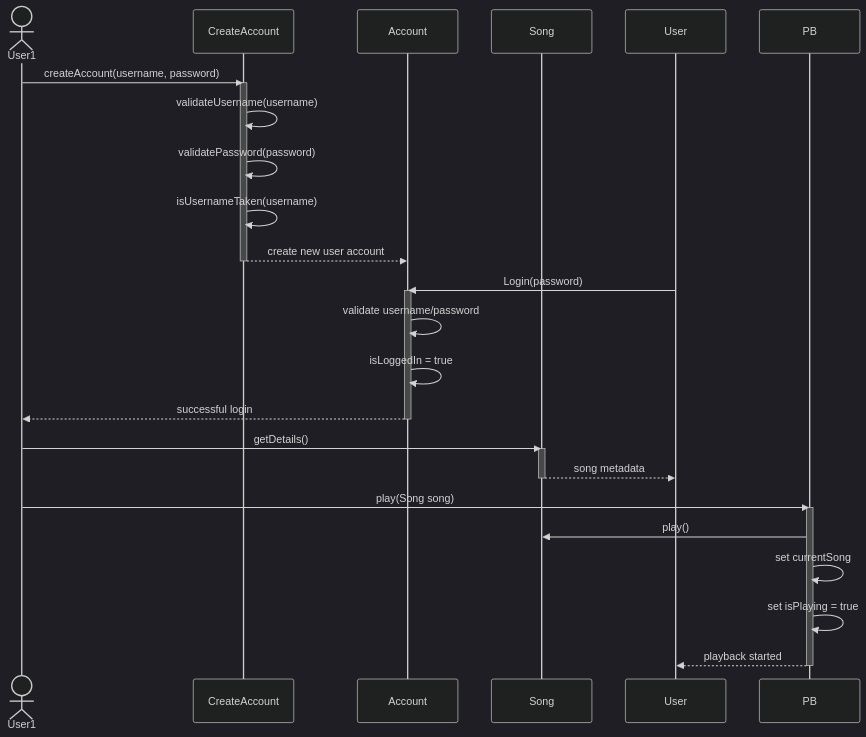
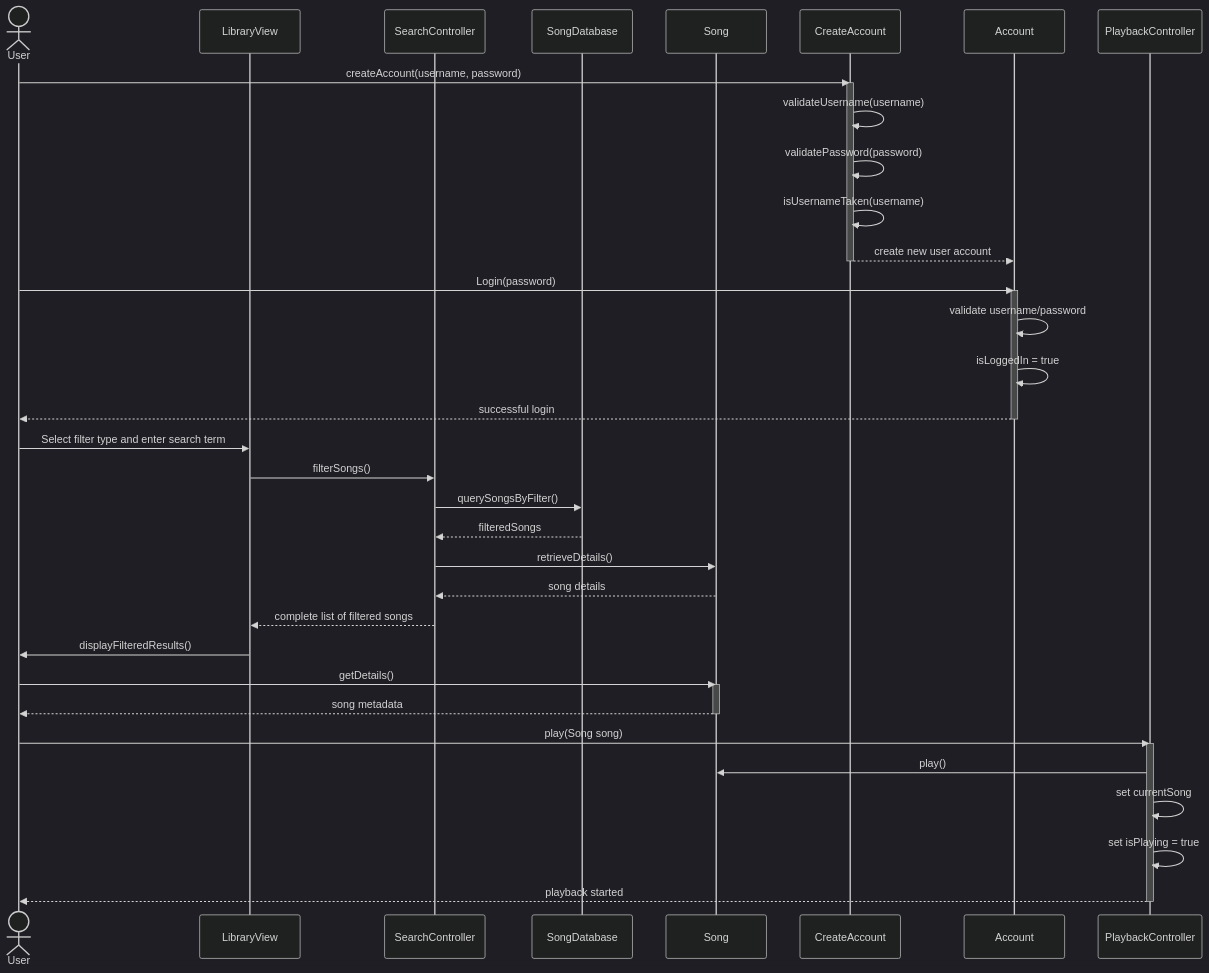
Before and after one commit to chrisdeso/Jukebox-7000: the diagram in wip/UML-SequenceDiagram.md, drawn with Mermaid (dark theme). The commit also changed 1 other file, not shown here.

Commit message:
Merge Khanh's diagram/description + Chris' diagram/desccription

````diff
--- a/wip/UML-SequenceDiagram.md
+++ b/wip/UML-SequenceDiagram.md
@@ -1,42 +1,51 @@
 ```mermaid
 sequenceDiagram
-    % actors
-    actor User1
-
-    % participants (objects)
+    actor User
+    participant LibraryView
+    participant SearchController
+    participant SongDatabase
+    participant Song
     participant CA as CreateAccount
     participant ACC as Account
-    participant Song as Song
+    participant PB as PlaybackController
 
-    % CreateAccount Flow
-    User1->>CA: createAccount(username, password)
+    %% Account Creation Flow
+    User->>CA: createAccount(username, password)
     activate CA
     CA->>CA: validateUsername(username)
     CA->>CA: validatePassword(password)
     CA->>CA: isUsernameTaken(username)
     CA-->>ACC: create new user account
     deactivate CA
 
-    % Login flow
+    %% Login Flow
     User->>ACC: Login(password)
     activate ACC
     ACC->>ACC: validate username/password
     ACC->>ACC: isLoggedIn = true
-    ACC-->>User1: successful login
+    ACC-->>User: successful login
     deactivate ACC
 
-    %% Song Playback Flow
-    User1->>Song: getDetails()
+    %% Search Flow
+    User->>LibraryView: Select filter type and enter search term
+    LibraryView->>SearchController: filterSongs()
+    SearchController->>SongDatabase: querySongsByFilter()
+    SongDatabase-->>SearchController: filteredSongs
+    SearchController->>Song: retrieveDetails()
+    Song-->>SearchController: song details
+    SearchController-->>LibraryView: complete list of filtered songs
+    LibraryView->>User: displayFilteredResults()
+
+    %% Playback Flow
+    User->>Song: getDetails()
     activate Song
     Song-->>User: song metadata
     deactivate Song
-    
-    User1->>PB: play(Song song)
+    User->>PB: play(Song song)
     activate PB
     PB->>Song: play()
     PB->>PB: set currentSong
     PB->>PB: set isPlaying = true
     PB-->>User: playback started
     deactivate PB
-
 ```
````
